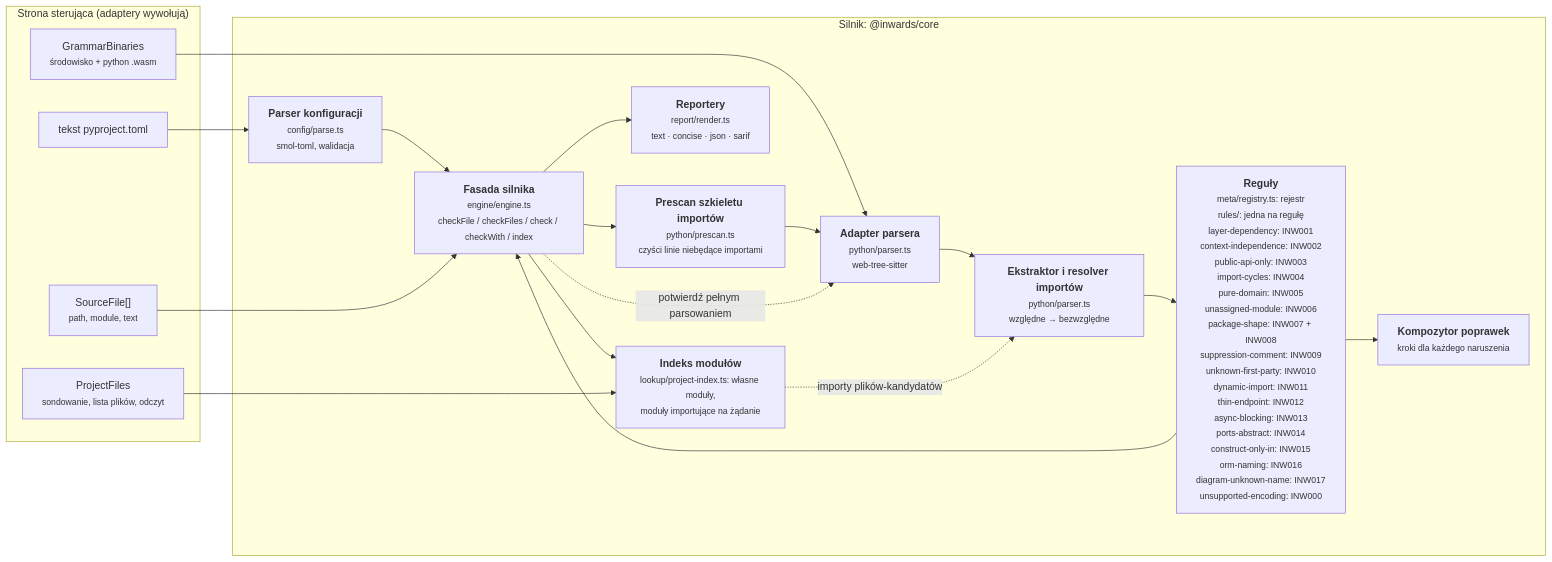
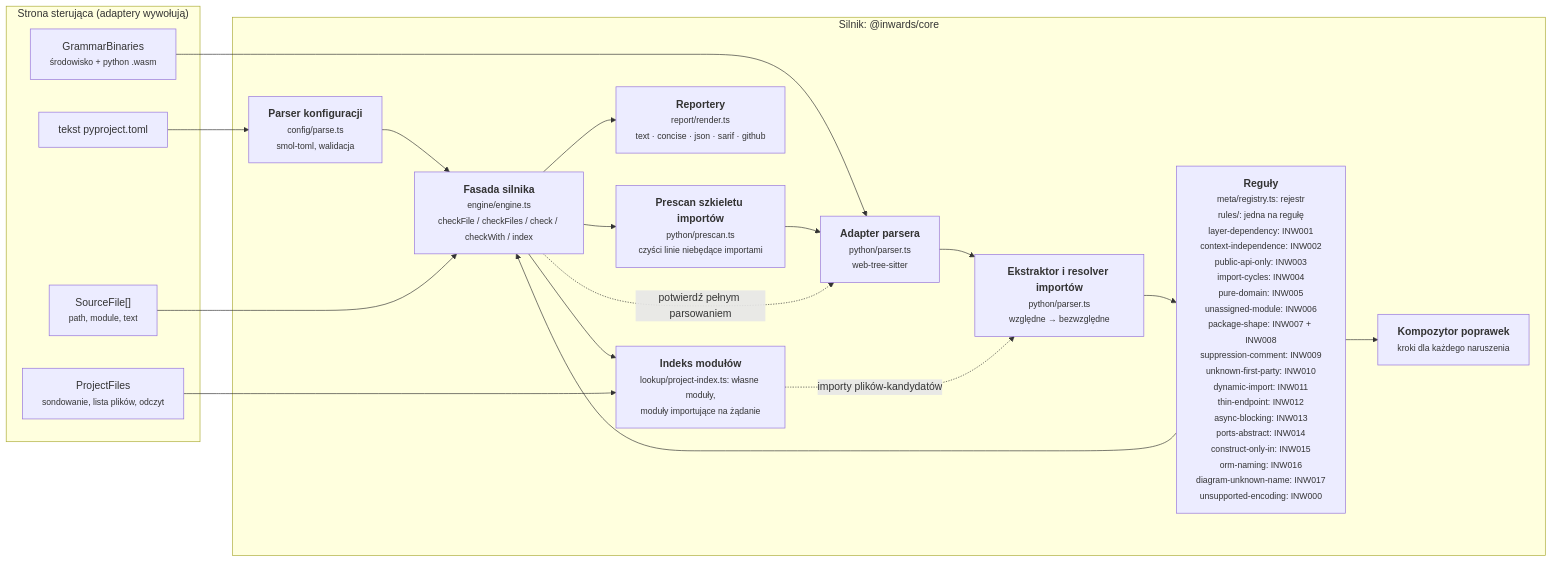
One commit to SirCypkowskyy/inwards changed the third of 6 diagrams in docs/pl/03-Architecture-C4.md. Above: the diagram before and after it, drawn with Mermaid. The commit also changed other lines of this file and 19 other files, not shown here.

````diff
--- a/docs/pl/03-Architecture-C4.md
+++ b/docs/pl/03-Architecture-C4.md
@@ -110,33 +110,33 @@
 ```mermaid
 flowchart LR
     subgraph driving["Strona sterująca (adaptery wywołują)"]
         files["SourceFile[]<br/><small>path, module, text</small>"]
         cfgtext["tekst pyproject.toml"]
         wasm["GrammarBinaries<br/><small>środowisko + python .wasm</small>"]
         pfiles["ProjectFiles<br/><small>sondowanie, lista plików, odczyt</small>"]
     end
 
     subgraph enginebox["Silnik: @inwards/core"]
         config["<b>Parser konfiguracji</b><br/><small>config/parse.ts<br/>smol-toml, walidacja</small>"]
         pre["<b>Prescan szkieletu importów</b><br/><small>python/prescan.ts<br/>czyści linie niebędące importami</small>"]
         parser["<b>Adapter parsera</b><br/><small>python/parser.ts<br/>web-tree-sitter</small>"]
         extract["<b>Ekstraktor i resolver importów</b><br/><small>python/parser.ts<br/>względne → bezwzględne</small>"]
         rules["<b>Reguły</b><br/><small>meta/registry.ts: rejestr<br/>rules/: jedna na regułę<br/>layer-dependency: INW001<br/>context-independence: INW002<br/>public-api-only: INW003<br/>import-cycles: INW004<br/>pure-domain: INW005<br/>unassigned-module: INW006<br/>package-shape: INW007 + INW008<br/>suppression-comment: INW009<br/>unknown-first-party: INW010<br/>dynamic-import: INW011<br/>thin-endpoint: INW012<br/>async-blocking: INW013<br/>ports-abstract: INW014<br/>construct-only-in: INW015<br/>orm-naming: INW016<br/>diagram-unknown-name: INW017<br/>unsupported-encoding: INW000</small>"]
         fix["<b>Kompozytor poprawek</b><br/><small>kroki dla każdego naruszenia</small>"]
-        report["<b>Reportery</b><br/><small>report/render.ts<br/>text · concise · json · sarif</small>"]
+        report["<b>Reportery</b><br/><small>report/render.ts<br/>text · concise · json · sarif · github</small>"]
         engine["<b>Fasada silnika</b><br/><small>engine/engine.ts<br/>checkFile / checkFiles / check / checkWith / index</small>"]
         modgraph["<b>Indeks modułów</b><br/><small>lookup/project-index.ts: własne moduły,<br/>moduły importujące na żądanie</small>"]
     end
 
     cfgtext --> config --> engine
     wasm --> parser
     files --> engine
     engine --> pre --> parser --> extract --> rules
     rules --> fix
     rules --> engine
     engine -. "potwierdź pełnym parsowaniem" .-> parser
     engine --> modgraph
     pfiles --> modgraph
     modgraph -. "importy plików-kandydatów" .-> extract
     engine --> report
 ```
````
